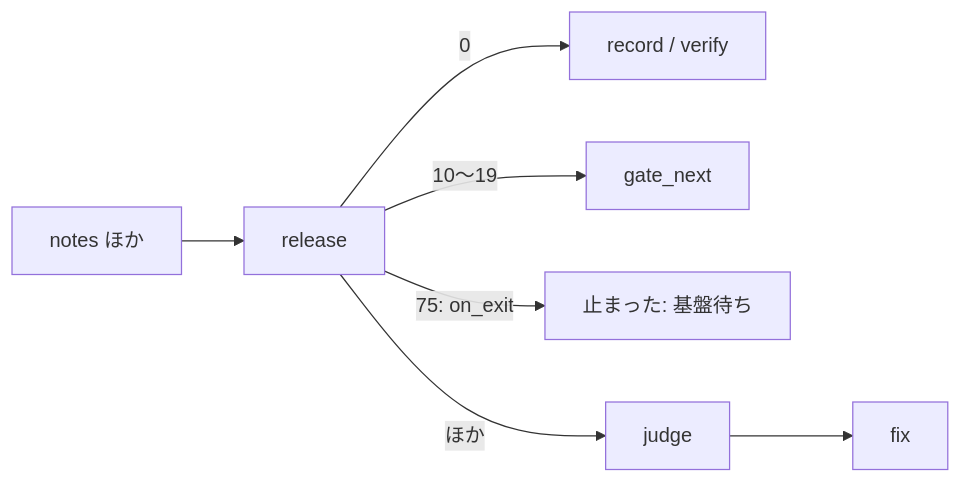
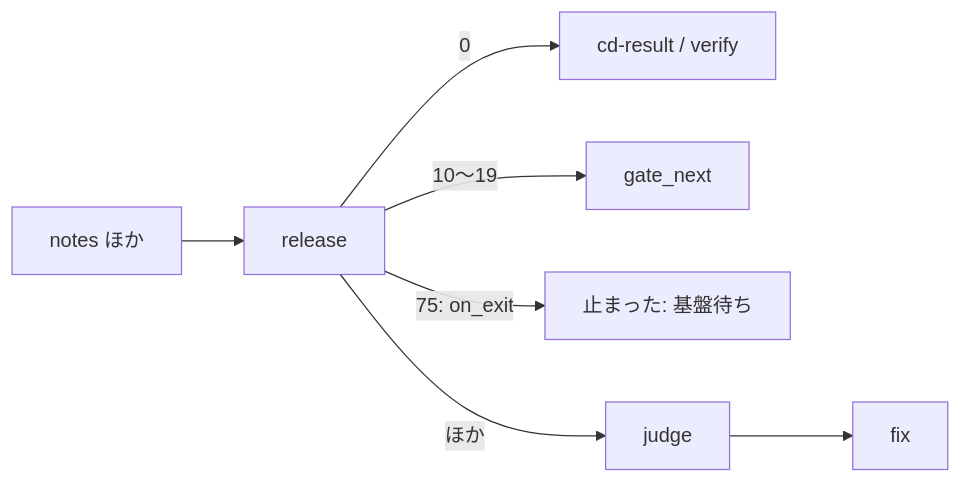
The fifth of 5 diagrams in docs/specifications/ndf-ci-wait-superseded-failures-and-infra-wait.md (devbasex/ai-plugins), drawn with Mermaid before and after one commit. The commit also changed other lines of this file and 4 other files, not shown here.

````diff
--- a/docs/specifications/ndf-ci-wait-superseded-failures-and-infra-wait.md
+++ b/docs/specifications/ndf-ci-wait-superseded-failures-and-infra-wait.md
@@ -293,8 +293,8 @@
 ```mermaid
 flowchart LR
   N[notes ほか] --> RL[release]
-  RL -->|0| V[record / verify]
+  RL -->|0| V[cd-result / verify]
   RL -->|10〜19| GN[gate_next]
   RL -->|75: on_exit| S[止まった: 基盤待ち]
   RL -->|ほか| J[judge] --> FX[fix]
 ```
````
